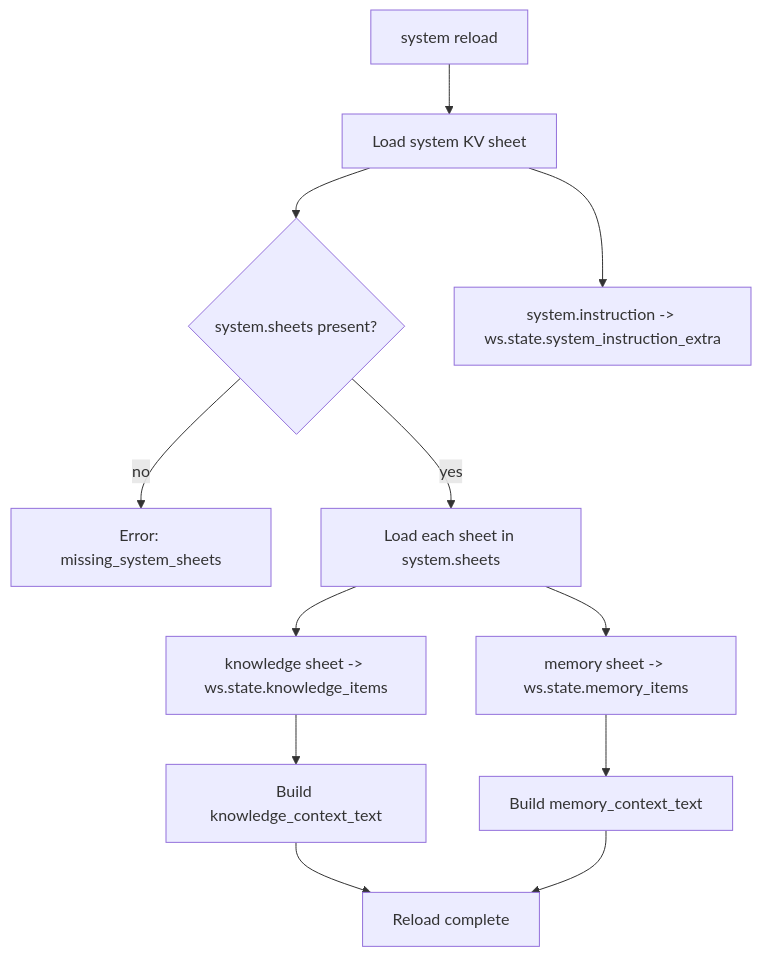
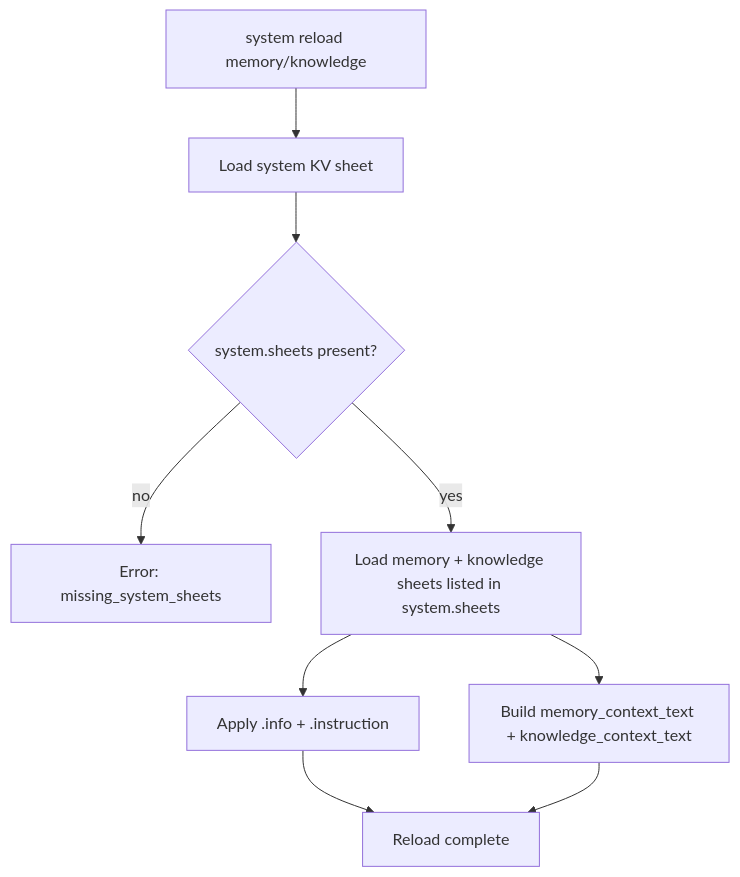
One commit to tonezzz/chaba changed the third of 3 diagrams in services/assistance/docs/SYSTEM.md. Above: the diagram before and after it, drawn with Mermaid. The commit also changed other lines of this file and 1 other file, not shown here.

Commit message:
jarvis: sys-only system reload

````diff
--- a/services/assistance/docs/SYSTEM.md
+++ b/services/assistance/docs/SYSTEM.md
@@ -110,14 +134,11 @@
 ```mermaid
 flowchart TD
-  A[system reload] --> B[Load system KV sheet]
+  A[system reload memory/knowledge] --> B[Load system KV sheet]
   B --> C{system.sheets present?}
-  C -- no --> E[Error: missing_system_sheets]
-  C -- yes --> D[Load each sheet in system.sheets]
-  D --> F[knowledge sheet -> ws.state.knowledge_items]
-  D --> G[memory sheet -> ws.state.memory_items]
-  B --> H[system.instruction -> ws.state.system_instruction_extra]
-  F --> I[Build knowledge_context_text]
-  G --> J[Build memory_context_text]
-  I --> K[Reload complete]
-  J --> K
+  C -- no --> D[Error: missing_system_sheets]
+  C -- yes --> E[Load memory + knowledge sheets listed in system.sheets]
+  E --> F[Apply <sheet>.info + <sheet>.instruction]
+  E --> G[Build memory_context_text + knowledge_context_text]
+  F --> H[Reload complete]
+  G --> H
 ```
````
